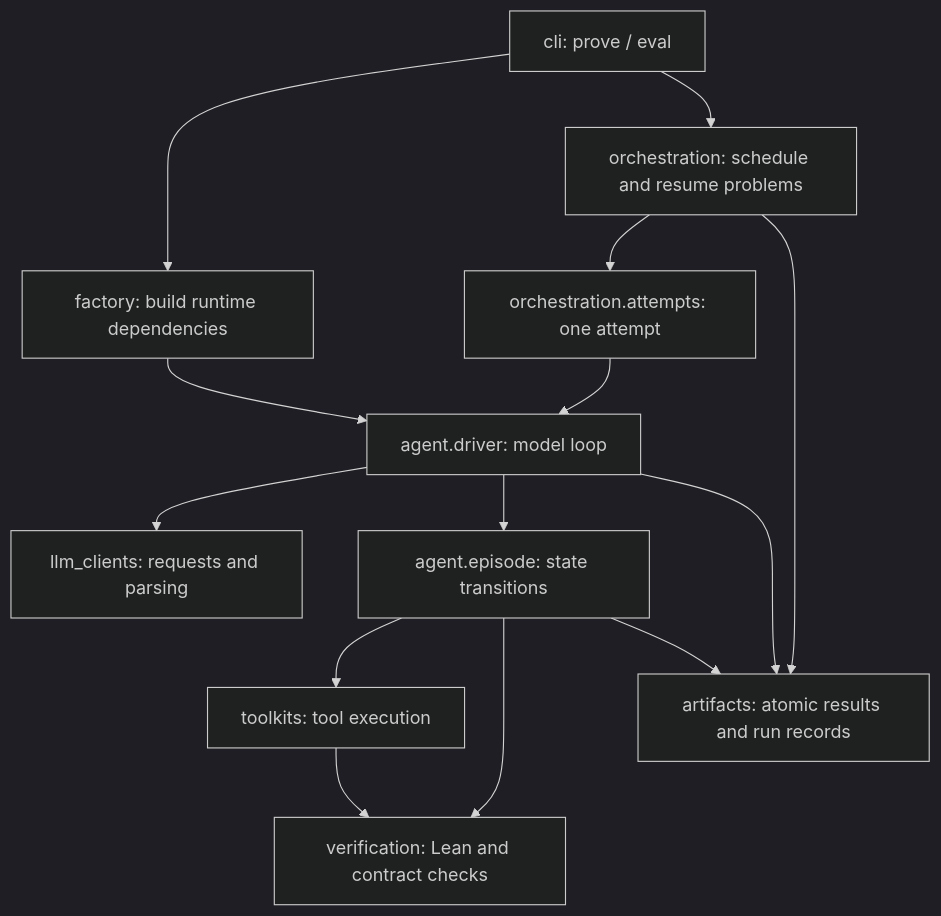
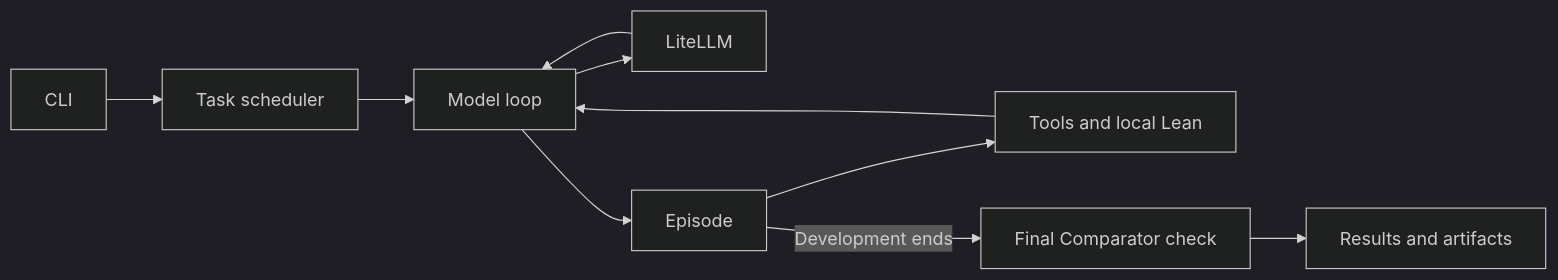
Before and after one commit to GAIR-NLP/daVinci-prover: the diagram in docs/architecture.md, drawn with Mermaid (dark theme). The commit also changed other lines of this file and 57 other files, not shown here.

First line of the commit message:
Simplify documentation and keep LeanExplore retrieval local

````diff
--- a/docs/architecture.md
+++ b/docs/architecture.md
@@ -28,16 +26,12 @@
 ```mermaid
-flowchart TD
-    CLI[cli: prove / eval] --> Factory[factory: build runtime dependencies]
-    CLI --> Scheduler[orchestration: schedule and resume problems]
-    Scheduler --> Attempt[orchestration.attempts: one attempt]
-    Attempt --> Driver[agent.driver: model loop]
-    Factory --> Driver
-    Driver --> Client[llm_clients: requests and parsing]
-    Driver --> Episode[agent.episode: state transitions]
-    Episode --> Tools[toolkits: tool execution]
-    Tools --> Verify[verification: Lean and contract checks]
-    Episode --> Verify
-    Scheduler --> Artifacts[artifacts: atomic results and run records]
-    Driver --> Artifacts
-    Episode --> Artifacts
+flowchart LR
+    CLI[CLI] --> Scheduler[Task scheduler]
+    Scheduler --> Driver[Model loop]
+    Driver --> LLM[LiteLLM]
+    LLM --> Driver
+    Driver --> Episode[Episode]
+    Episode --> Tools[Tools and local Lean]
+    Tools --> Driver
+    Episode -->|Development ends| Comparator[Final Comparator check]
+    Comparator --> Results[Results and artifacts]
 ```
````
